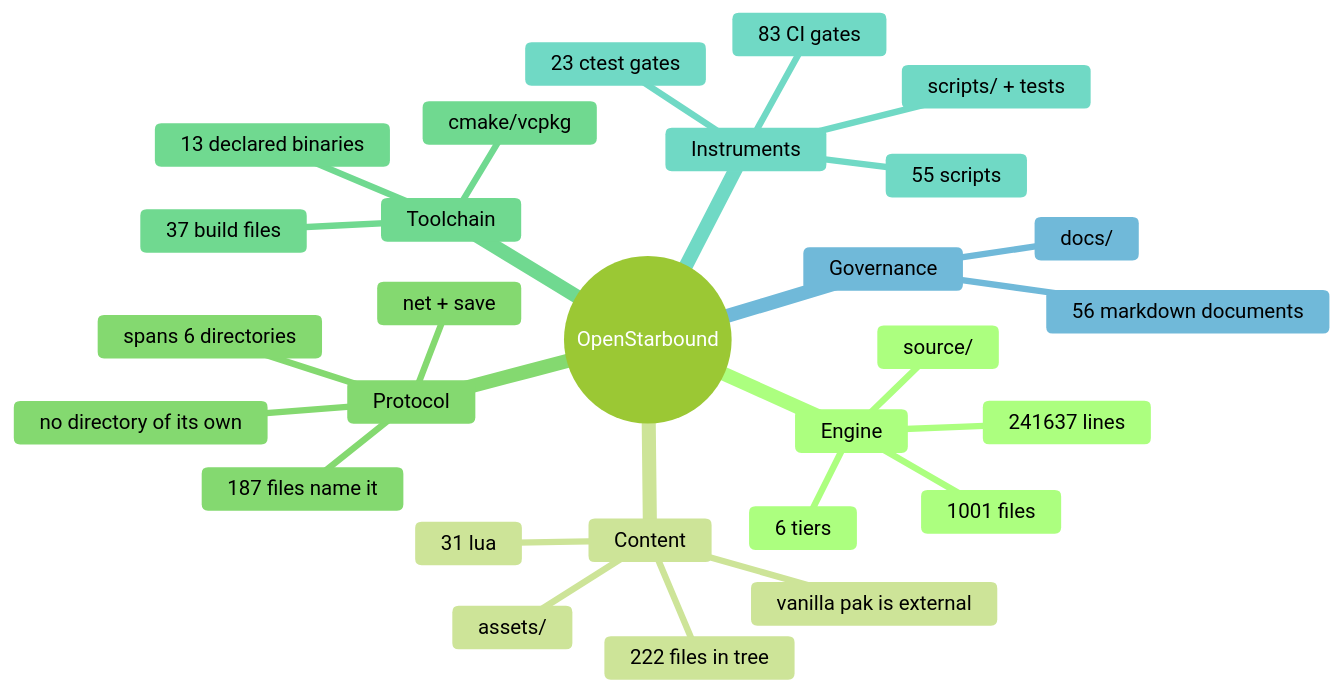
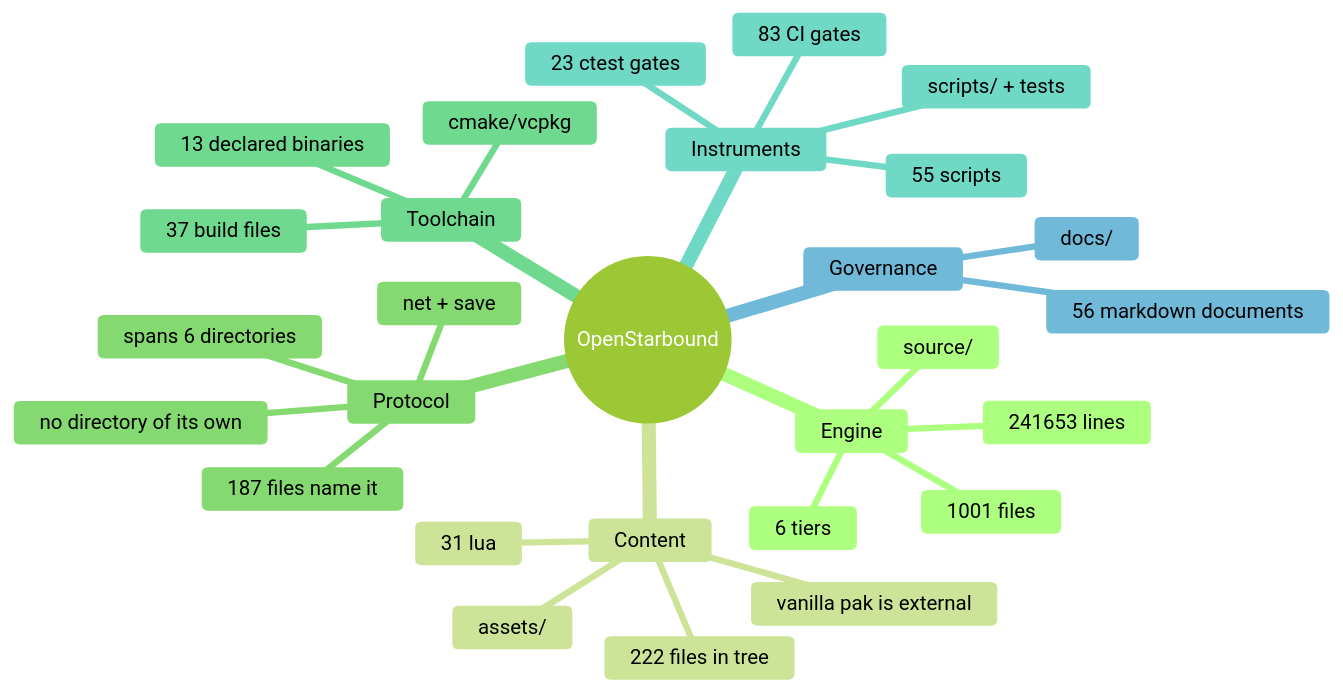
Before and after one commit to apnex/OpenStarbound: the second of 11 diagrams in docs/architecture/system-boundaries.md, drawn with Mermaid (forest theme). The commit also changed other lines of this file and 2 other files, not shown here.

````diff
--- a/docs/architecture/system-boundaries.md
+++ b/docs/architecture/system-boundaries.md
@@ -166,31 +166,31 @@
 ```mermaid
 mindmap
   root((OpenStarbound))
     Engine
       source/
       1001 files
-      241637 lines
+      241653 lines
       6 tiers
     Content
       assets/
       222 files in tree
       31 lua
       vanilla pak is external
     Protocol
       net + save
       187 files name it
       spans 6 directories
       no directory of its own
     Toolchain
       cmake/vcpkg
       37 build files
       13 declared binaries
     Instruments
       scripts/ + tests
       55 scripts
       23 ctest gates
       83 CI gates
     Governance
       docs/
       56 markdown documents
 ```
````
